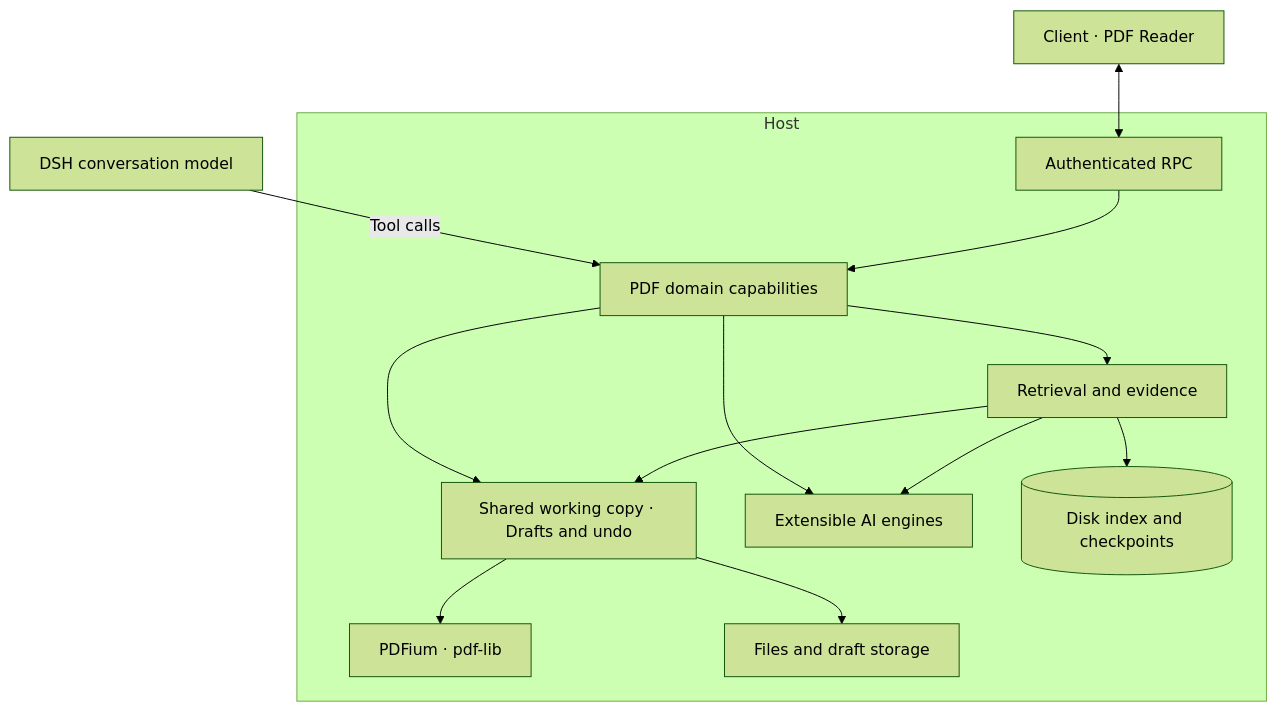
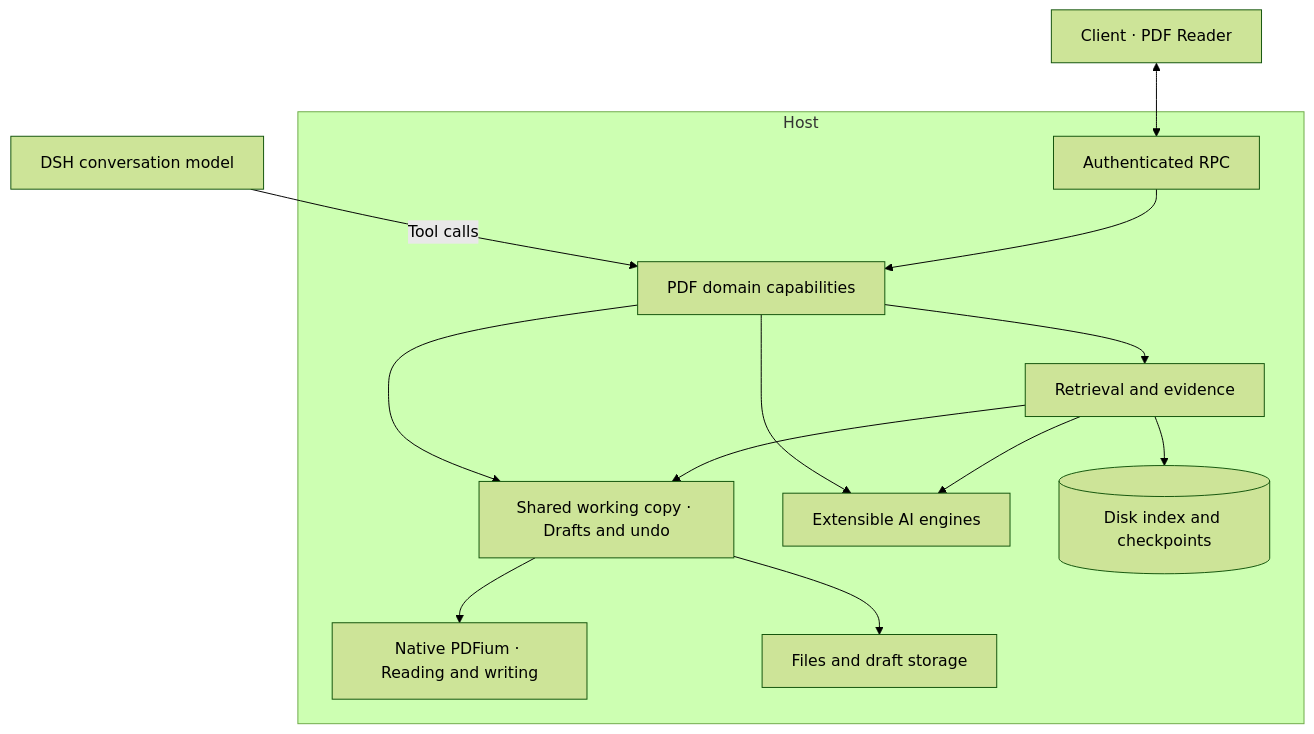
One commit to dingyiliao/dsh-bundle-pdf changed the diagram in README.md. Above: the diagram before and after it, drawn with Mermaid (forest theme). The commit also changed other lines of this file and 524 other files, not shown here.

````diff
--- a/README.md
+++ b/README.md
@@ -86,16 +88,16 @@
 ```mermaid
 flowchart TB
   Reader["Client · PDF Reader"] <--> RPC
   Model["DSH conversation model"] -- "Tool calls" --> Features
   subgraph Host
     RPC["Authenticated RPC"] --> Features["PDF domain capabilities"]
     Features --> Copy["Shared working copy · Drafts and undo"]
     Features --> Search["Retrieval and evidence"]
     Features --> Engines["Extensible AI engines"]
     Search --> Copy
     Search --> Engines
     Search --> Index[("Disk index and checkpoints")]
-    Copy --> PDF["PDFium · pdf-lib"]
+    Copy --> PDF["Native PDFium · Reading and writing"]
     Copy --> Storage["Files and draft storage"]
   end
 ```
````
